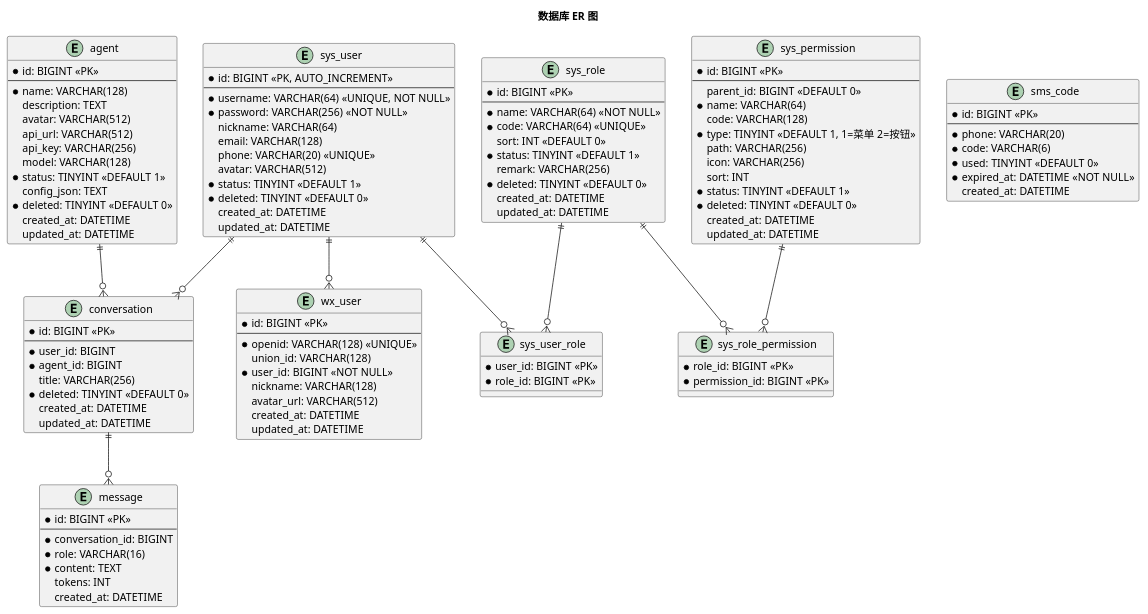
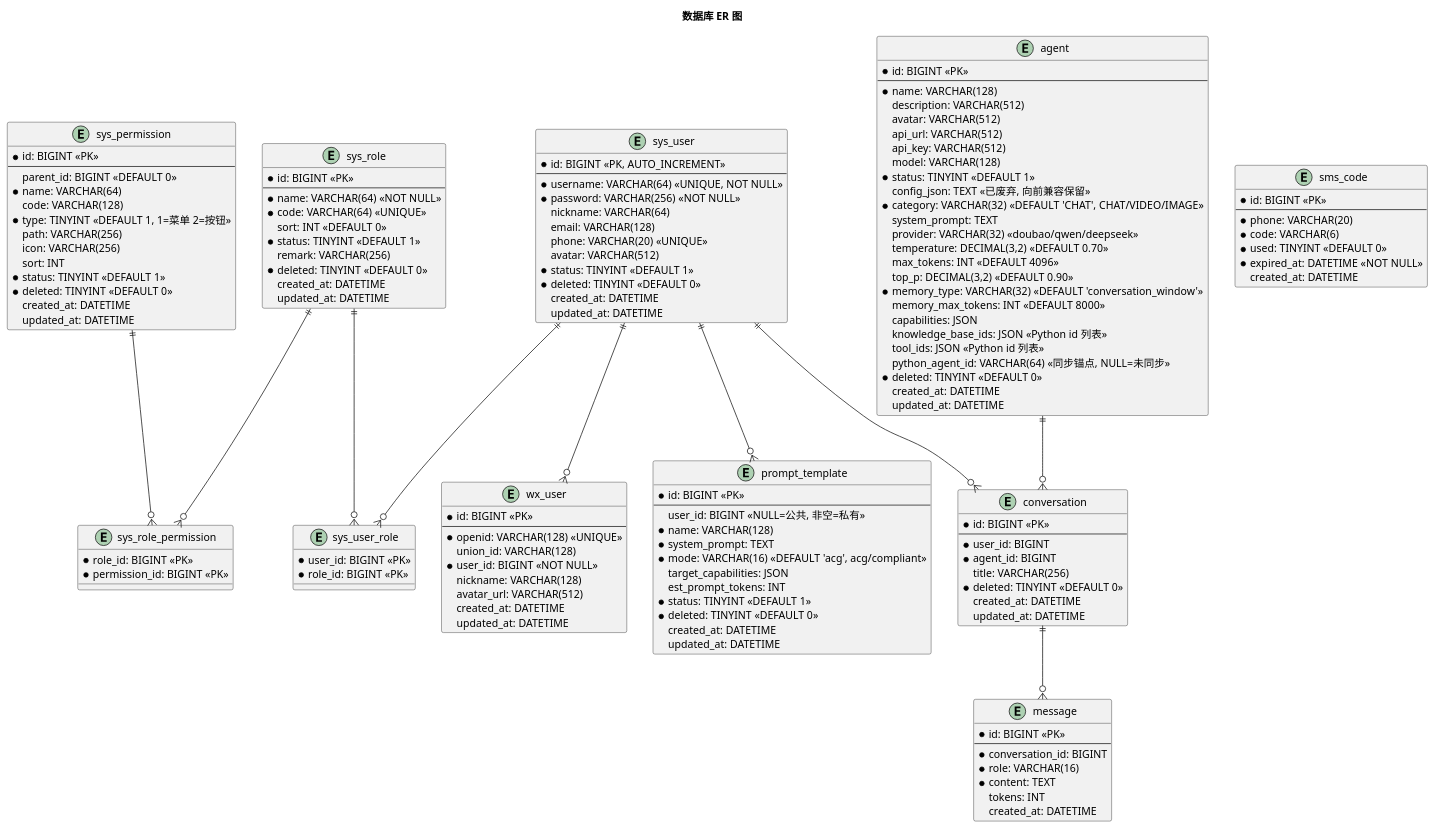
One commit to Maoyya/acgagent changed the second of 3 diagrams in docx/技术架构.md. Above: the diagram before and after it, drawn with PlantUML. The commit also changed other lines of this file and 4 other files, not shown here.

````diff
--- a/docx/技术架构.md
+++ b/docx/技术架构.md
@@ -372,13 +428,25 @@
   * id: BIGINT <<PK>>
   --
   * name: VARCHAR(128)
-  description: TEXT
+  description: VARCHAR(512)
   avatar: VARCHAR(512)
   api_url: VARCHAR(512)
-  api_key: VARCHAR(256)
+  api_key: VARCHAR(512)
   model: VARCHAR(128)
   * status: TINYINT <<DEFAULT 1>>
-  config_json: TEXT
+  config_json: TEXT <<已废弃, 向前兼容保留>>
+  * category: VARCHAR(32) <<DEFAULT 'CHAT', CHAT/VIDEO/IMAGE>>
+  system_prompt: TEXT
+  provider: VARCHAR(32) <<doubao/qwen/deepseek>>
+  temperature: DECIMAL(3,2) <<DEFAULT 0.70>>
+  max_tokens: INT <<DEFAULT 4096>>
+  top_p: DECIMAL(3,2) <<DEFAULT 0.90>>
+  * memory_type: VARCHAR(32) <<DEFAULT 'conversation_window'>>
+  memory_max_tokens: INT <<DEFAULT 8000>>
+  capabilities: JSON
+  knowledge_base_ids: JSON <<Python id 列表>>
+  tool_ids: JSON <<Python id 列表>>
+  python_agent_id: VARCHAR(64) <<同步锚点, NULL=未同步>>
   * deleted: TINYINT <<DEFAULT 0>>
   created_at: DATETIME
   updated_at: DATETIME
@@ -405,6 +473,21 @@
   created_at: DATETIME
 }
 
+entity "prompt_template" as pt {
+  * id: BIGINT <<PK>>
+  --
+  user_id: BIGINT <<NULL=公共, 非空=私有>>
+  * name: VARCHAR(128)
+  * system_prompt: TEXT
+  * mode: VARCHAR(16) <<DEFAULT 'acg', acg/compliant>>
+  target_capabilities: JSON
+  est_prompt_tokens: INT
+  * status: TINYINT <<DEFAULT 1>>
+  * deleted: TINYINT <<DEFAULT 0>>
+  created_at: DATETIME
+  updated_at: DATETIME
+}
+
 user ||--o{ ur
 role ||--o{ ur
 role ||--o{ rp
@@ -413,5 +496,6 @@
 user ||--o{ conv
 agent ||--o{ conv
 conv ||--o{ msg
+user ||--o{ pt
 @enduml
 ```
````
